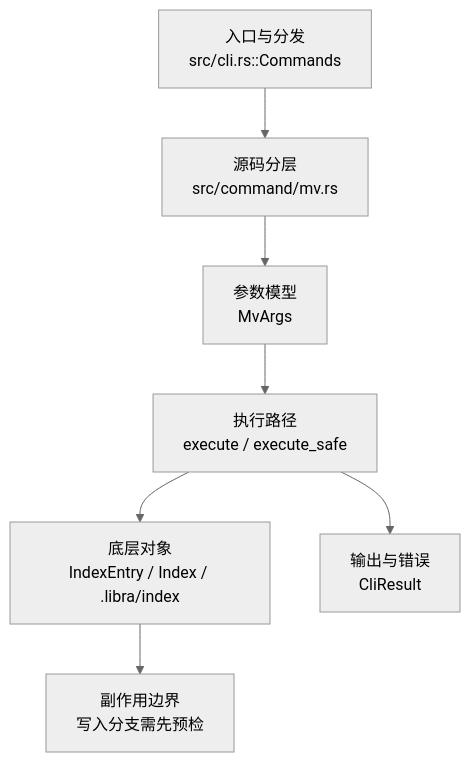
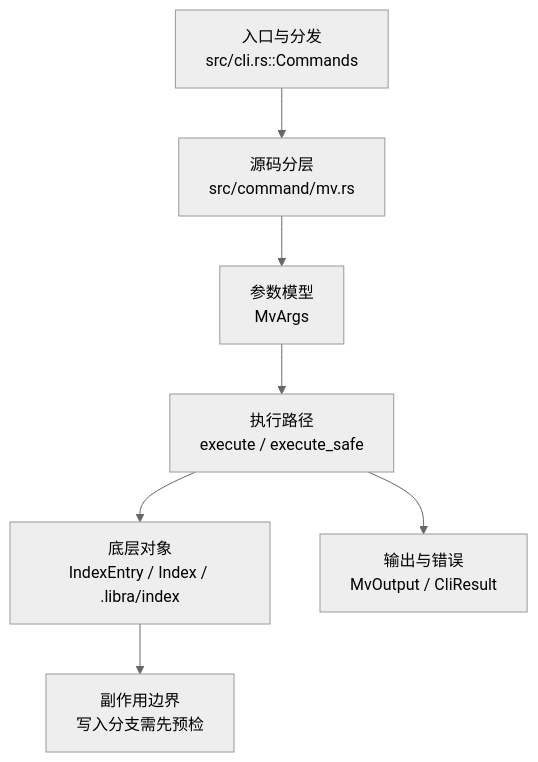
Before and after one commit to web3infra-foundation/libra: the diagram in docs/development/commands/mv.md, drawn with Mermaid (neutral theme). The commit also changed other lines of this file and 65 other files, not shown here.

````diff
--- a/docs/development/commands/mv.md
+++ b/docs/development/commands/mv.md
@@ -22,9 +22,9 @@
 ```mermaid
 flowchart TD
     A["入口与分发<br/>src/cli.rs::Commands"] --> B["源码分层<br/>src/command/mv.rs"]
     B --> C["参数模型<br/>MvArgs"]
     C --> D["执行路径<br/>execute / execute_safe"]
     D --> E["底层对象<br/>IndexEntry / Index / .libra/index"]
-    D --> F["输出与错误<br/>CliResult"]
+    D --> F["输出与错误<br/>MvOutput / CliResult"]
     E --> G["副作用边界<br/>写入分支需先预检"]
 ```
````
